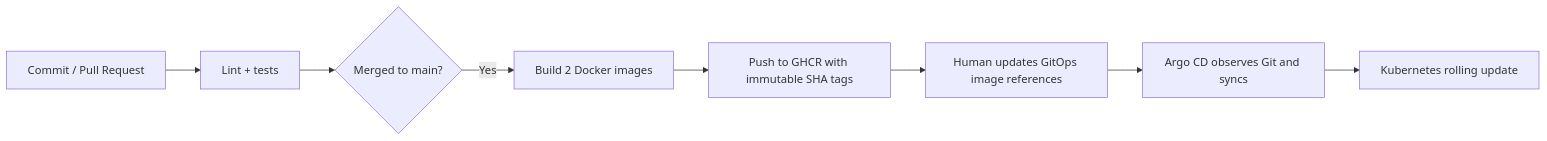
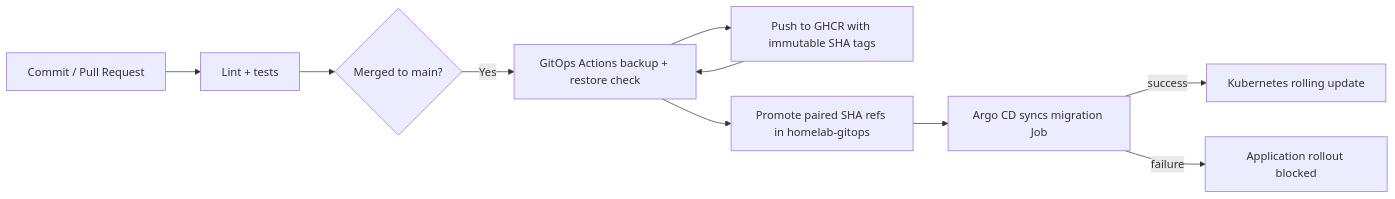
One commit to Jeysibn/monikey changed the third of 3 diagrams in docs/architecture/TLD.md. Above: the diagram before and after it, drawn with Mermaid. The commit also changed other lines of this file and 13 other files, not shown here.

Commit message:
feat: automate SHA releases through GitOps

````diff
--- a/docs/architecture/TLD.md
+++ b/docs/architecture/TLD.md
@@ -560,10 +560,12 @@
 ```mermaid
 flowchart LR
   D[Commit / Pull Request] --> T[Lint + tests]
   T --> M{Merged to main?}
   M -->|Yes| B[Build 2 Docker images]
   B --> P[Push to GHCR with immutable SHA tags]
-  P --> G[Human updates GitOps image references]
-  G --> AR[Argo CD observes Git and syncs]
-  AR --> K[Kubernetes rolling update]
+  P --> B[GitOps Actions backup + restore check]
+  B --> G[Promote paired SHA refs in homelab-gitops]
+  G --> AR[Argo CD syncs migration Job]
+  AR -->|success| K[Kubernetes rolling update]
+  AR -->|failure| S[Application rollout blocked]
 ```
````
